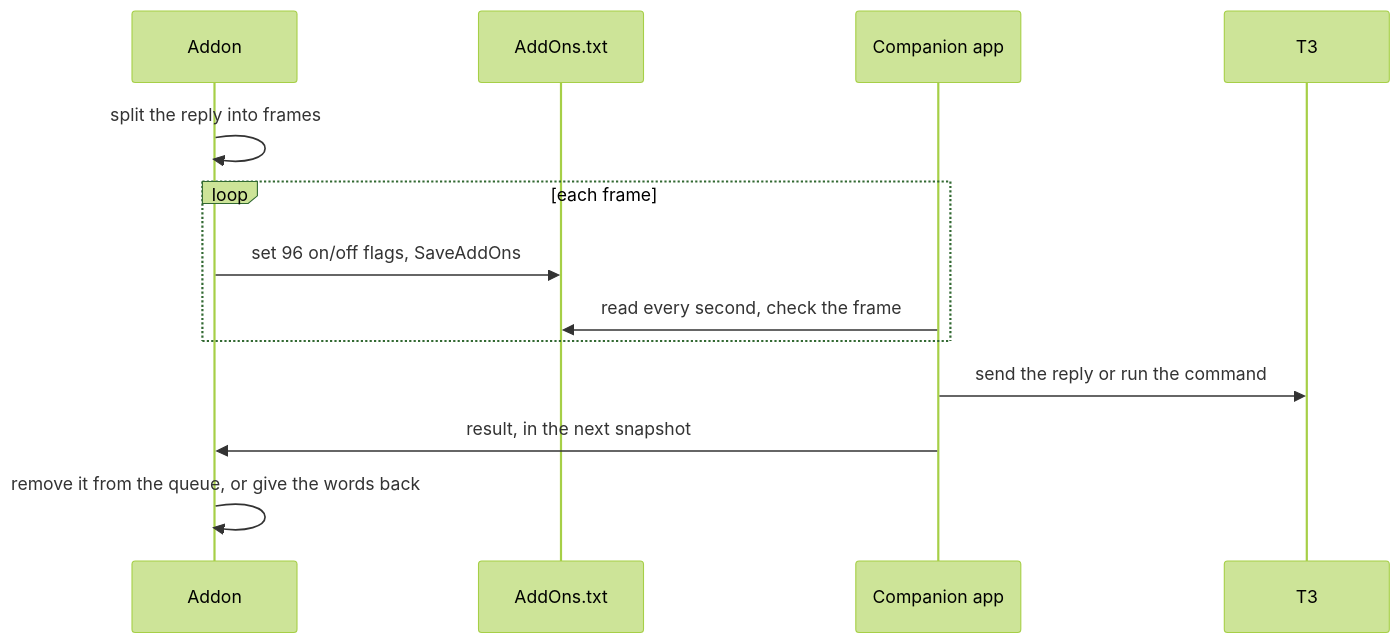
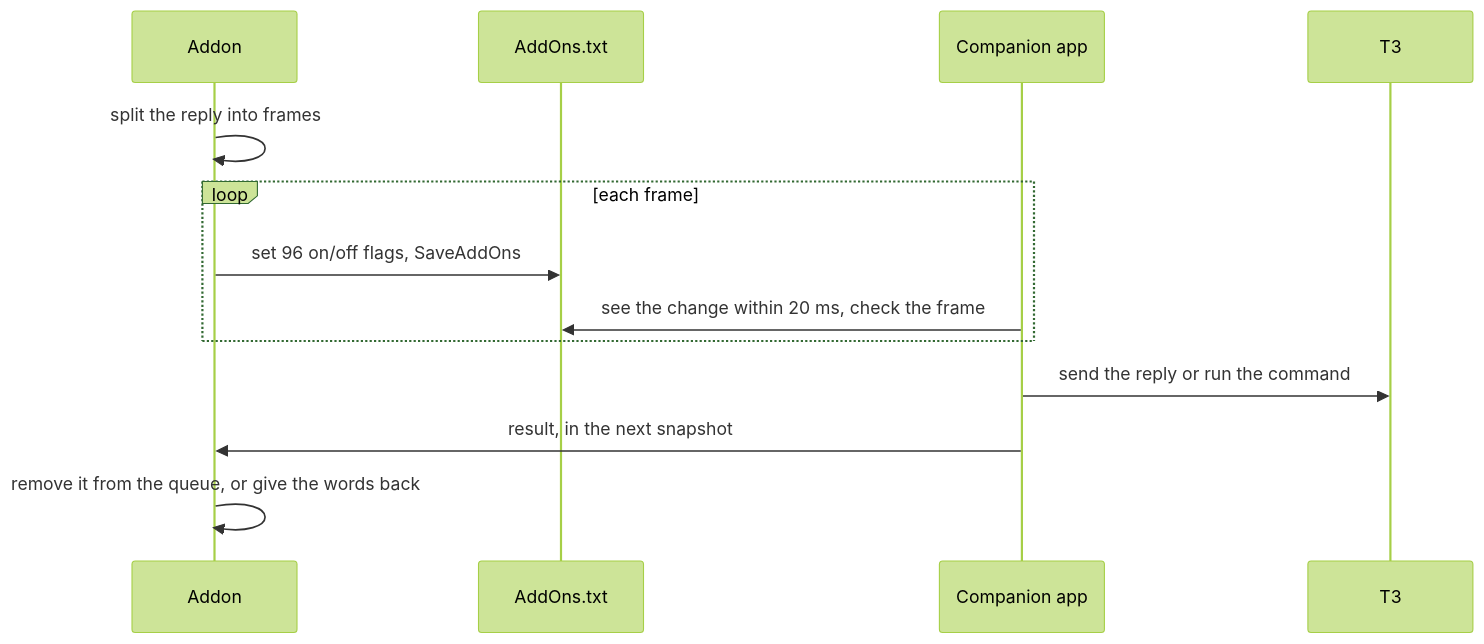
The third of 3 diagrams in docs/ARCHITECTURE.md (svenmeys/prompt-peon), drawn with Mermaid (forest theme) before and after one commit. The commit also changed other lines of this file and 59 other files, not shown here.

````diff
--- a/docs/ARCHITECTURE.md
+++ b/docs/ARCHITECTURE.md
@@ -99,15 +99,15 @@
 ```mermaid
 sequenceDiagram
     participant Addon
     participant Txt as AddOns.txt
     participant App as Companion app
     participant T3
     Addon->>Addon: split the reply into frames
     loop each frame
         Addon->>Txt: set 96 on/off flags, SaveAddOns
-        App->>Txt: read every second, check the frame
+        App->>Txt: see the change within 20 ms, check the frame
     end
     App->>T3: send the reply or run the command
     App->>Addon: result, in the next snapshot
     Addon->>Addon: remove it from the queue, or give the words back
 ```
````
